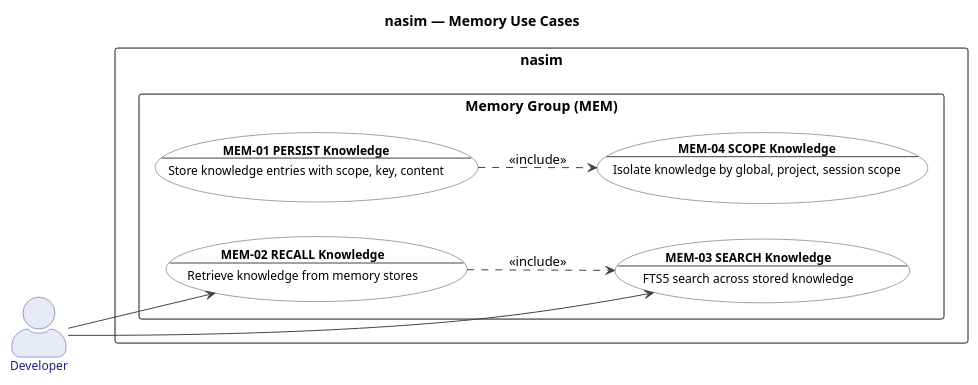
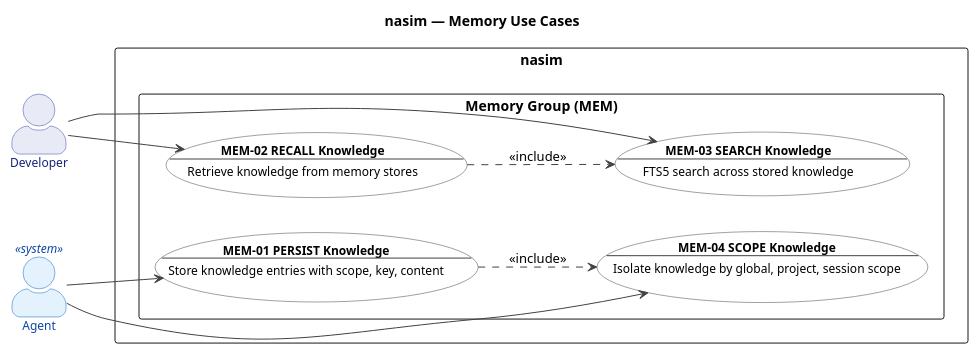
The diagram in docs/UC/uc_memory.puml (salimnamvar/nasim), drawn with PlantUML before and after one commit. The commit also changed 18 other files, not shown here.

First line of the commit message:
docs: Add "Agent" actor to multiple use case diagrams and establish relationships

```diff
--- a/docs/UC/uc_memory.puml
+++ b/docs/UC/uc_memory.puml
@@ -1,75 +1,78 @@
 @startuml uc_memory
 
 ' ============================================================
 ' Title:     nasim — UC: Memory Group
 ' Group:     MEM (Memory)
 ' Boundary:  nasim code agent
 ' Purpose:   Cross-session knowledge persistence, retrieval, and RAG adapters
 ' Milestone: v1.0
 ' Version:   6.0.0
 ' Source:    docs/ENTITIES.md
 ' Review:    docs/audit/audit.2026.06.20.uc-layer.car.md
 ' ============================================================
 
 left to right direction
 
 title nasim — Memory Use Cases
 
 skinparam actorStyle awesome
 skinparam packageStyle rectangle
 
 skinparam usecase {
   BackgroundColor #FFFFFF
   BorderColor #424242
   FontColor #000000
   ArrowColor #424242
   FontSize 12
 }
 
 skinparam actor {
   BackgroundColor #E8EAF6
   BorderColor #3949AB
   FontColor #1A237E
   FontSize 12
 }
 
 skinparam actor<<system>> {
   BackgroundColor #E3F2FD
   BorderColor #1565C0
   FontColor #0D47A1
 }
 
 ' ============================================================
 ' Actors
 ' ============================================================
 
 actor "Developer" as Developer
+actor "Agent" as Agent <<system>>
 
 ' ============================================================
 ' System Boundary
 ' ============================================================
 
 rectangle "nasim" {
   package "Memory Group (MEM)" {
     usecase "**MEM-01 PERSIST Knowledge**\n--\nStore knowledge entries with scope, key, content" as MEM01
     usecase "**MEM-02 RECALL Knowledge**\n--\nRetrieve knowledge from memory stores" as MEM02
     usecase "**MEM-03 SEARCH Knowledge**\n--\nFTS5 search across stored knowledge" as MEM03
     usecase "**MEM-04 SCOPE Knowledge**\n--\nIsolate knowledge by global, project, session scope" as MEM04
   }
 }
 
 ' ============================================================
 ' Actor -> Use Case Associations
 ' ============================================================
 
 Developer --> MEM02
 Developer --> MEM03
+Agent --> MEM01
+Agent --> MEM04
 
 ' ============================================================
 ' Relationships
 ' ============================================================
 
 MEM01 ..> MEM04 : <<include>>
 MEM02 ..> MEM03 : <<include>>
 
 @enduml
```
